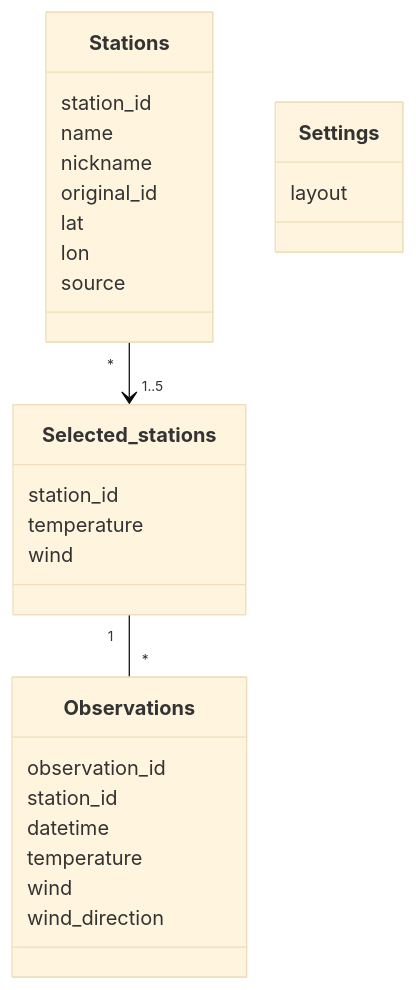
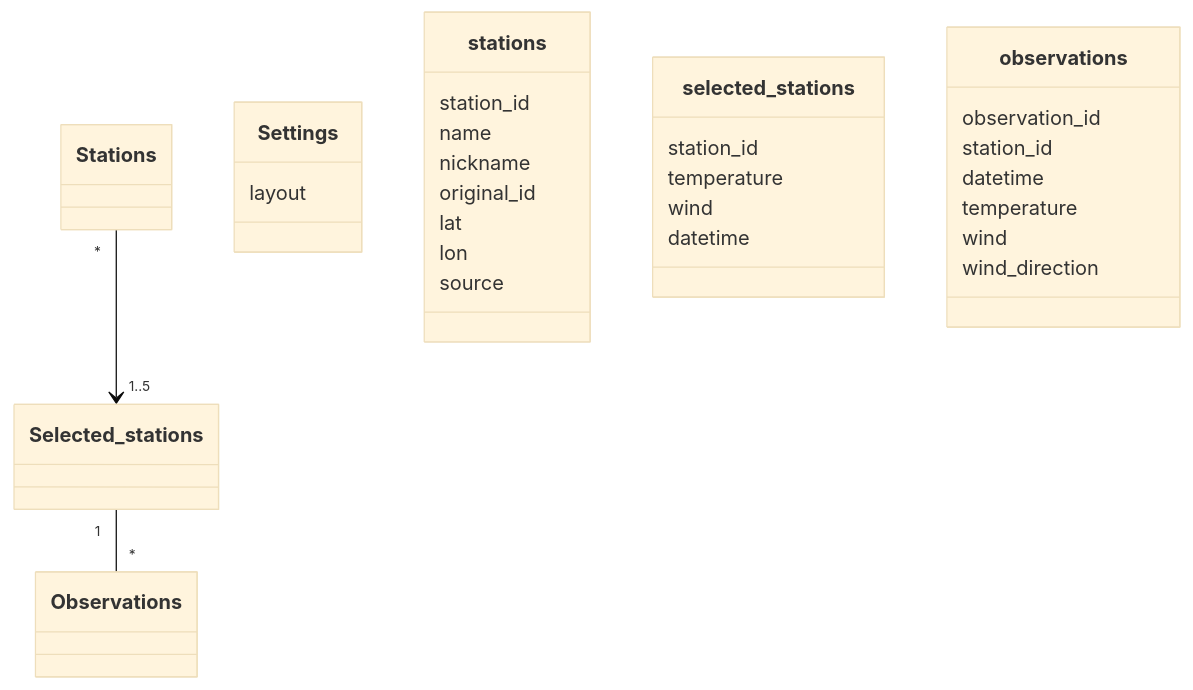
The second of 4 diagrams in dokumentaatio/architecture.md (mcpaulafi/ot-harjoitustyo), drawn with Mermaid (base theme) before and after one commit.

Commit message:
On Database: To the table selected_station added the field datetime

````diff
--- a/dokumentaatio/architecture.md
+++ b/dokumentaatio/architecture.md
@@ -70,31 +70,32 @@
 ```mermaid
  classDiagram
     Stations "*" --> "1..5" Selected_stations
     Selected_stations "1" -- "*" Observations
     class Settings {
         layout
     }
-    class Stations {
+    class stations {
         station_id
         name
         nickname
         original_id
         lat
         lon
         source
     }
-    class Selected_stations {
+    class selected_stations {
         station_id
         temperature
         wind
+        datetime
     }
-    class Observations {
+    class observations {
         observation_id
         station_id
         datetime
         temperature
         wind
         wind_direction
     }
 
 ```
````
